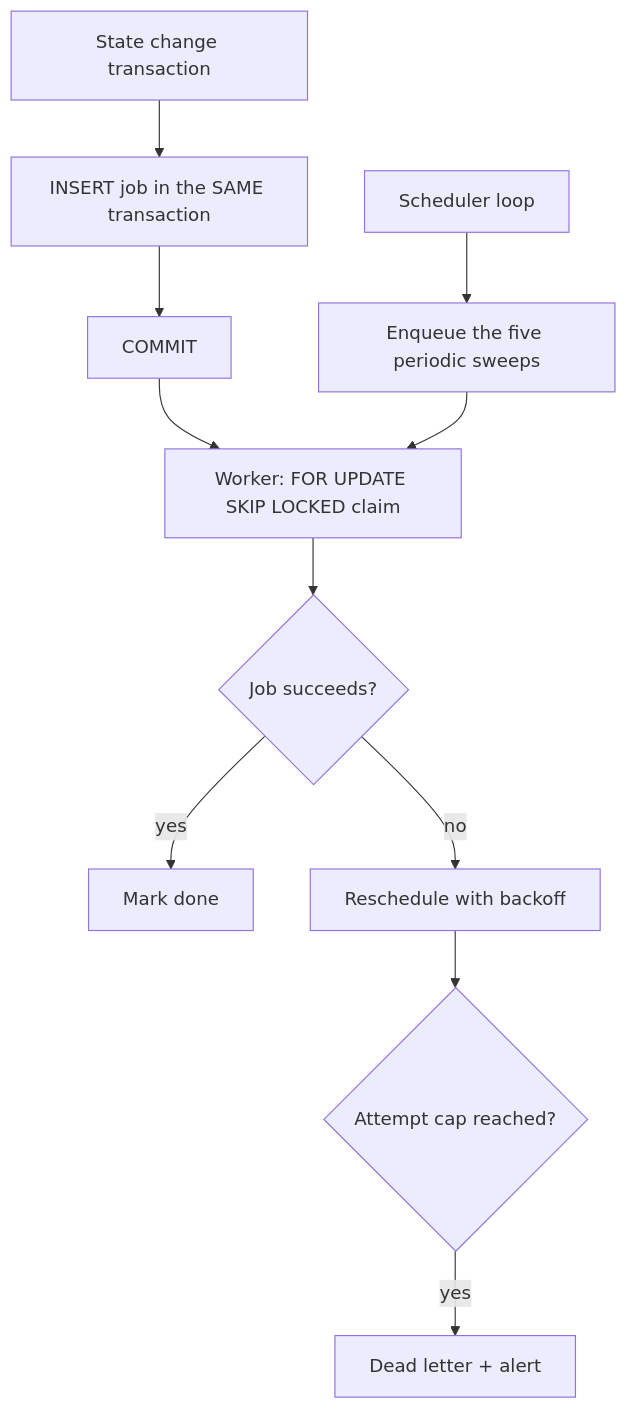
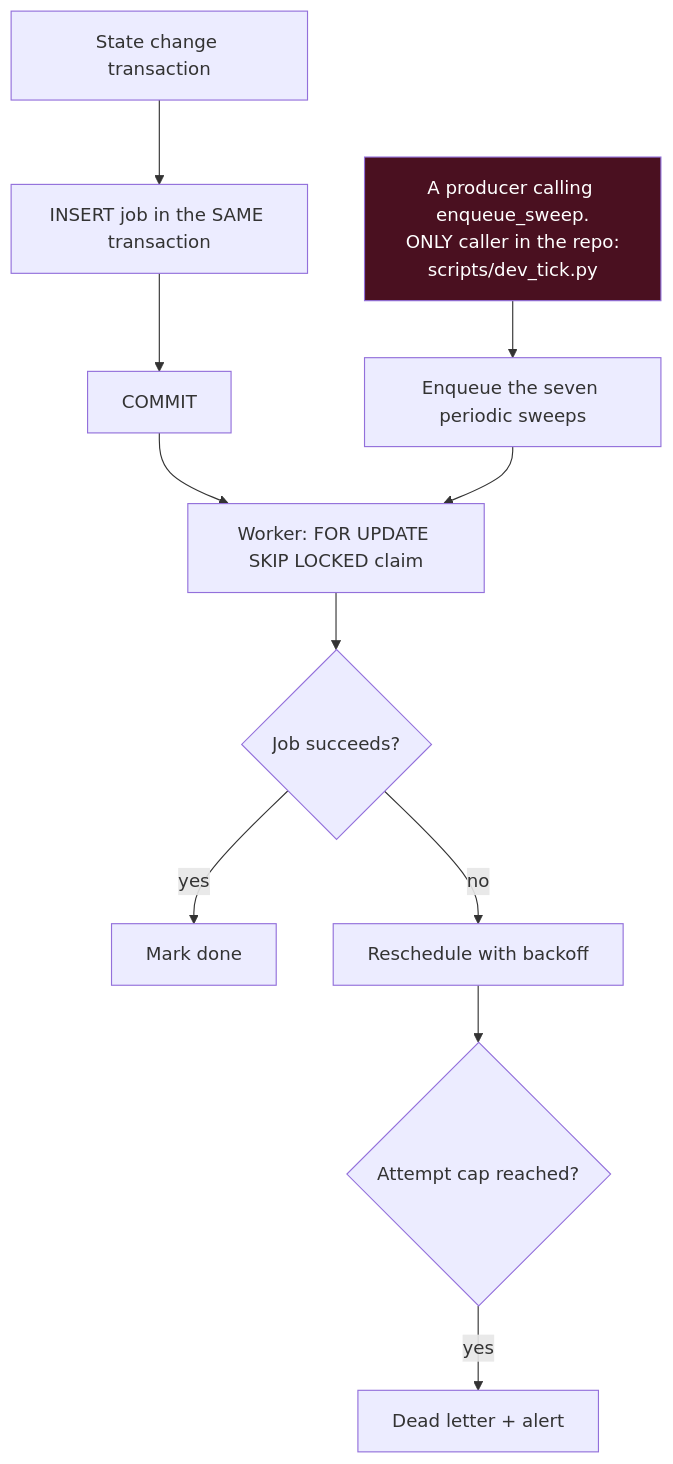
One commit to Suvam-paul145/Razorpay-Builathon-challange changed diagram 18 of 29 in Rovara/references/REVORA-SYSTEM-GUIDE.md. Above: the diagram before and after it, drawn with Mermaid. The commit also changed other lines of this file and 9 other files, not shown here.

````diff
--- a/Rovara/references/REVORA-SYSTEM-GUIDE.md
+++ b/Rovara/references/REVORA-SYSTEM-GUIDE.md
@@ -1132,13 +1232,14 @@
 ```mermaid
 flowchart TD
     A["State change transaction"] --> B["INSERT job in the SAME transaction"]
     B --> C["COMMIT"]
     C --> D["Worker: FOR UPDATE SKIP LOCKED claim"]
     D --> E{"Job succeeds?"}
     E -->|yes| F["Mark done"]
     E -->|no| G["Reschedule with backoff"]
     G --> H{"Attempt cap reached?"}
     H -->|yes| I["Dead letter + alert"]
-    J["Scheduler loop"] --> K["Enqueue the five periodic sweeps"]
+    J["A producer calling enqueue_sweep.<br/>ONLY caller in the repo:<br/>scripts/dev_tick.py"] --> K["Enqueue the seven periodic sweeps"]
     K --> D
+    style J fill:#4a1020,color:#fff
 ```
````
